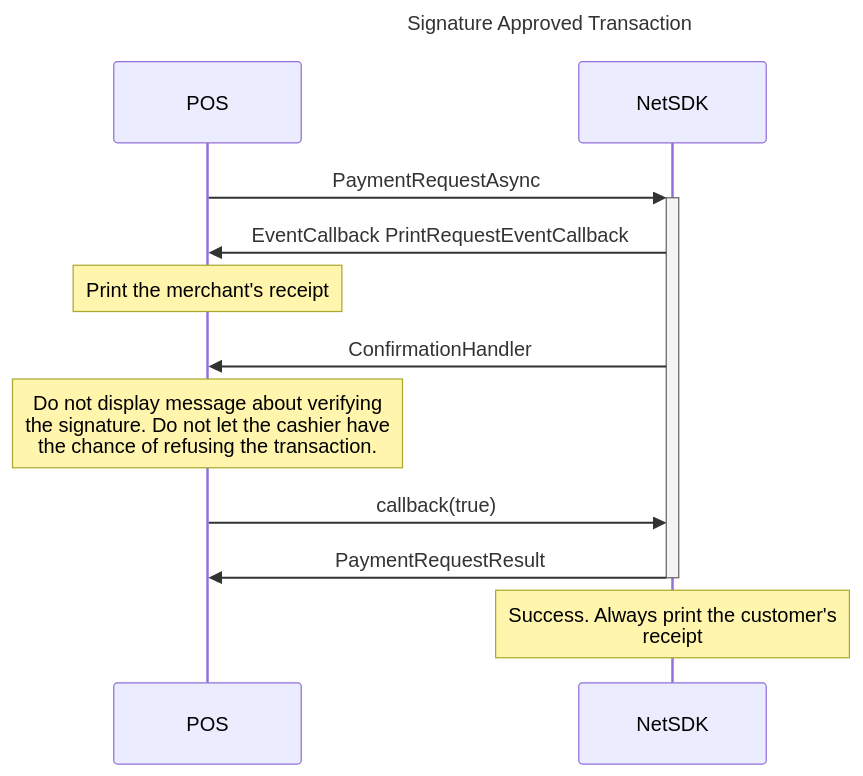
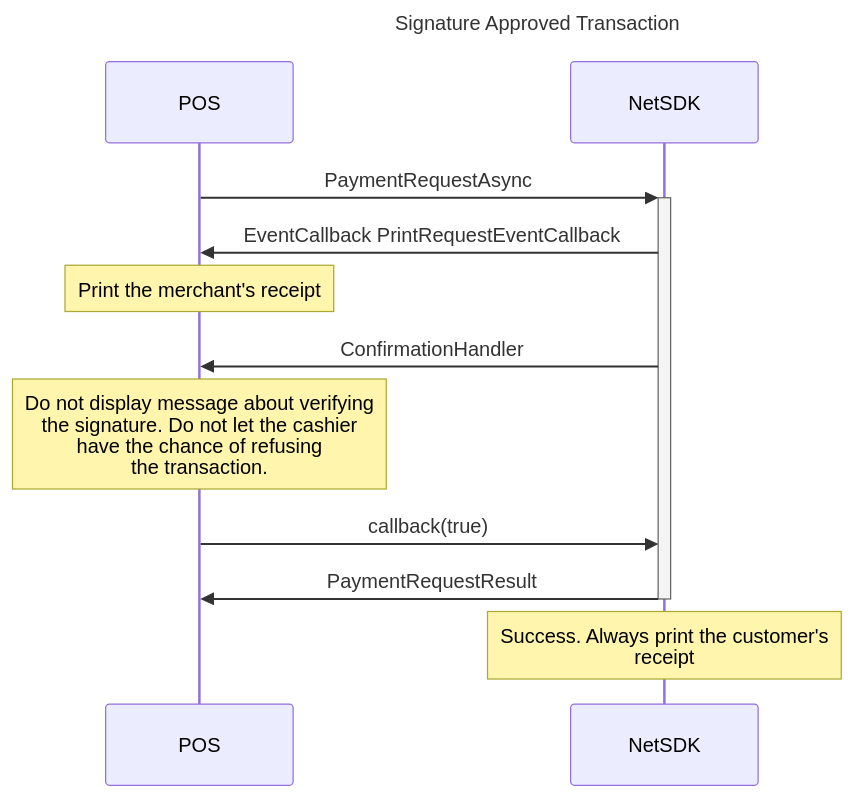
Before and after one commit to SwedbankPay/developer.swedbankpay.com: the diagram in pax-terminal/NET/tutorial/cvm-signature.md, drawn with Mermaid. The commit also changed 3 other files, not shown here.

````diff
--- a/pax-terminal/NET/tutorial/cvm-signature.md
+++ b/pax-terminal/NET/tutorial/cvm-signature.md
@@ -17,15 +17,15 @@
 ```mermaid
 sequenceDiagram
 title: Signature Approved Transaction
 participant POS
 participant NetSDK
 
 POS->>+NetSDK: PaymentRequestAsync
 NetSDK->>POS: EventCallback PrintRequestEventCallback
 Note over POS: Print the merchant's receipt
 NetSDK->>POS: ConfirmationHandler
-Note over POS: Do not display message about verifying<br>the signature. Do not let the cashier have<br>the chance of refusing the transaction.
+Note over POS: Do not display message about verifying<br>the signature. Do not let the cashier<br>have the chance of refusing<br>the transaction.
 POS->>NetSDK: callback(true)
 NetSDK->>-POS: PaymentRequestResult
 Note over NetSDK: Success. Always print the customer's<br>receipt
 ```
````
